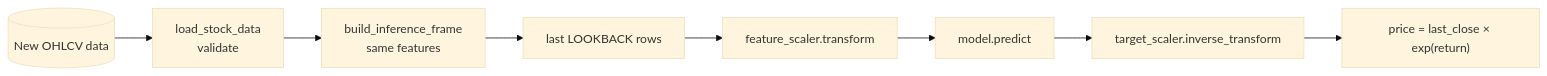
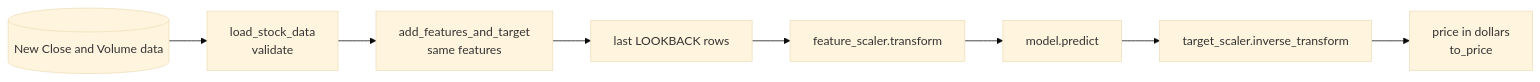
The diagram in docs/05_deployment.md (wences-psu/Stock_Price_DL), drawn with Mermaid (base theme) before and after one commit. The commit also changed other lines of this file and 20 other files, not shown here.

````diff
--- a/docs/05_deployment.md
+++ b/docs/05_deployment.md
@@ -34,10 +33,10 @@
 ```mermaid
 flowchart LR
-    new[(New OHLCV data)] --> load[load_stock_data<br/>validate]
-    load --> feat[build_inference_frame<br/>same features]
+    new[(New Close and Volume data)] --> load[load_stock_data<br/>validate]
+    load --> feat[add_features_and_target<br/>same features]
     feat --> win[last LOOKBACK rows]
     win --> scale[feature_scaler.transform]
     scale --> model[model.predict]
     model --> inv[target_scaler.inverse_transform]
-    inv --> price["price = last_close × exp(return)"]
+    inv --> price["price in dollars<br/>to_price"]
 ```
````
